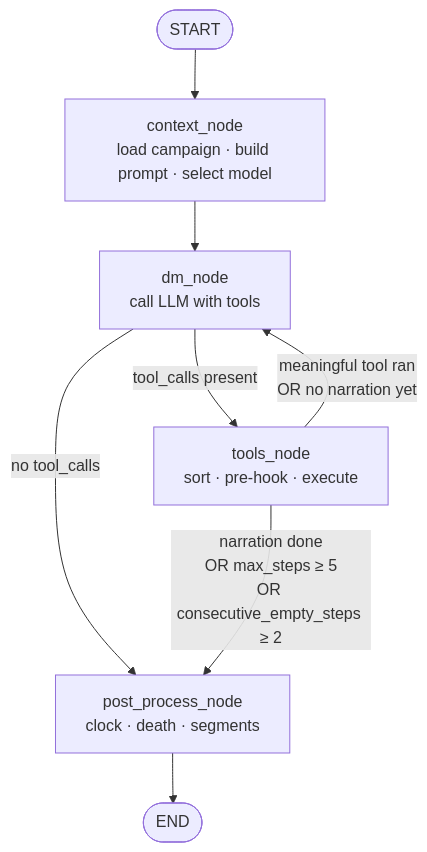
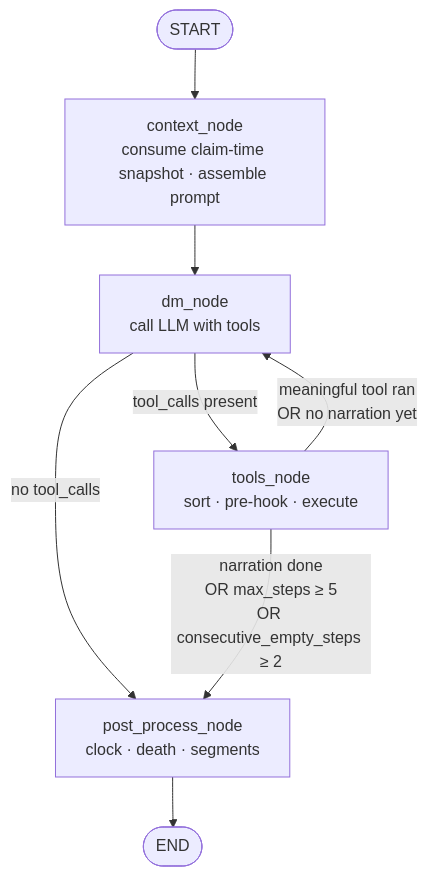
The second of 7 diagrams in docs/AGENTIC_ARCHITECTURE.md (tommasomattarelli/saga), drawn with Mermaid before and after one commit. The commit also changed other lines of this file and 5 other files, not shown here.

````diff
--- a/docs/AGENTIC_ARCHITECTURE.md
+++ b/docs/AGENTIC_ARCHITECTURE.md
@@ -47,10 +47,10 @@
 ```mermaid
 flowchart TD
-    START([START]) --> CN[context_node\nload campaign · build prompt · select model]
+    START([START]) --> CN[context_node\nconsume claim-time snapshot · assemble prompt]
     CN --> DN[dm_node\ncall LLM with tools]
     DN -->|tool_calls present| TN[tools_node\nsort · pre-hook · execute]
     DN -->|no tool_calls| PP[post_process_node\nclock · death · segments]
     TN -->|meaningful tool ran\nOR no narration yet| DN
     TN -->|narration done\nOR max_steps ≥ 5\nOR consecutive_empty_steps ≥ 2| PP
     PP --> END([END])
 ```
````
